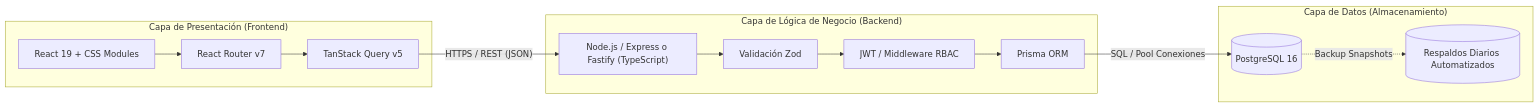
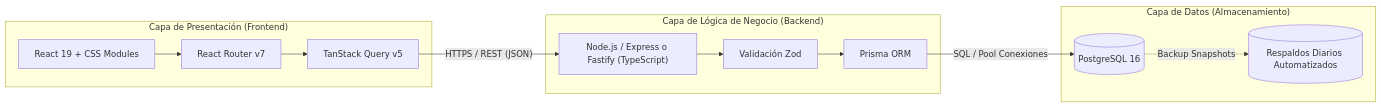
One commit to MatthewR54/Vivero changed the second of 3 diagrams in TECHSTACK.md. Above: the diagram before and after it, drawn with Mermaid. The commit also changed other lines of this file and 6 other files, not shown here.

````diff
--- a/TECHSTACK.md
+++ b/TECHSTACK.md
@@ -73,29 +72,27 @@
 ```mermaid
 flowchart LR
     subgraph Cliente ["Capa de Presentación (Frontend)"]
         UI["React 19 + CSS Modules"]
         Router["React Router v7"]
         Query["TanStack Query v5"]
     end
 
     subgraph Servidor ["Capa de Lógica de Negocio (Backend)"]
         API["Node.js / Express o Fastify (TypeScript)"]
         Validation["Validación Zod"]
         ORM["Prisma ORM"]
-        Auth["JWT / Middleware RBAC"]
     end
 
     subgraph Persistencia ["Capa de Datos (Almacenamiento)"]
         PG[("PostgreSQL 16")]
         Backup[("Respaldos Diarios Automatizados")]
     end
 
     UI --> Router
     Router --> Query
     Query -->|"HTTPS / REST (JSON)"| API
     API --> Validation
-    Validation --> Auth
-    Auth --> ORM
+    Validation --> ORM
     ORM -->|"SQL / Pool Conexiones"| PG
     PG -.->|"Backup Snapshots"| Backup
 ```
````
